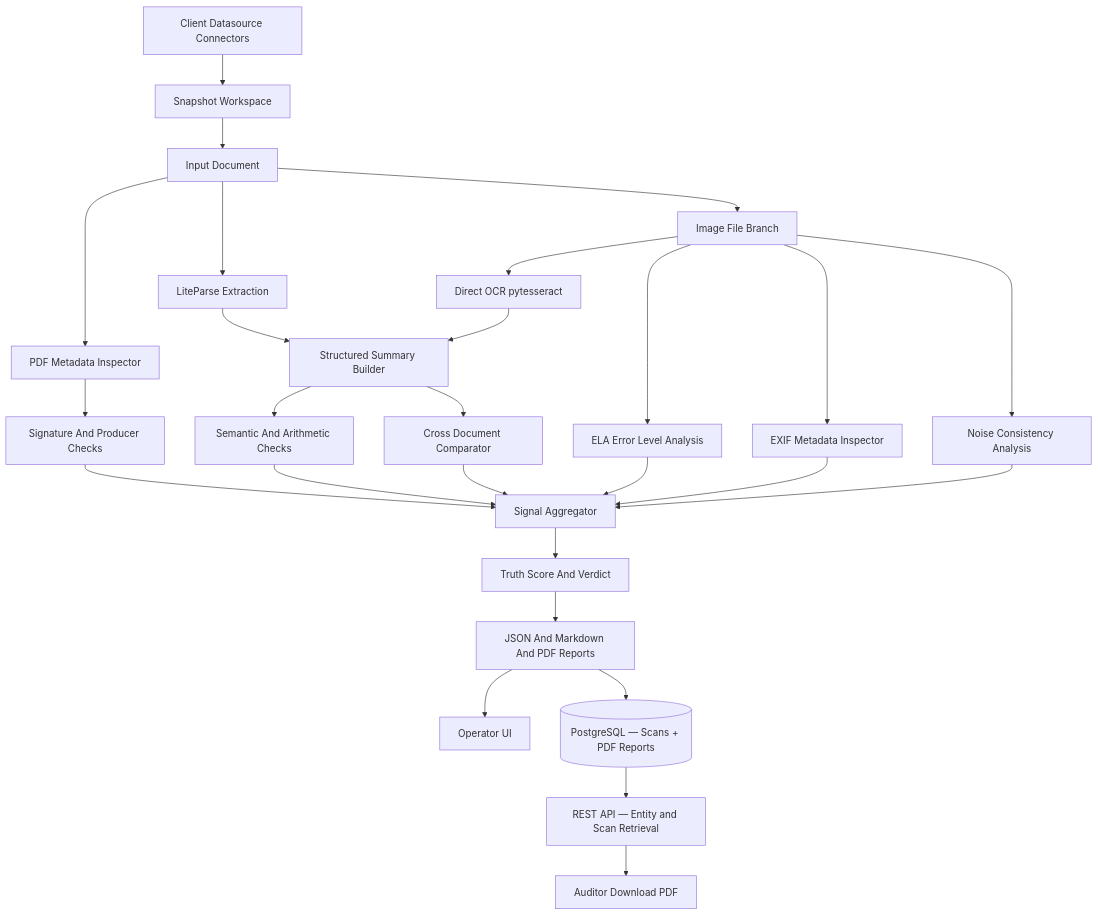
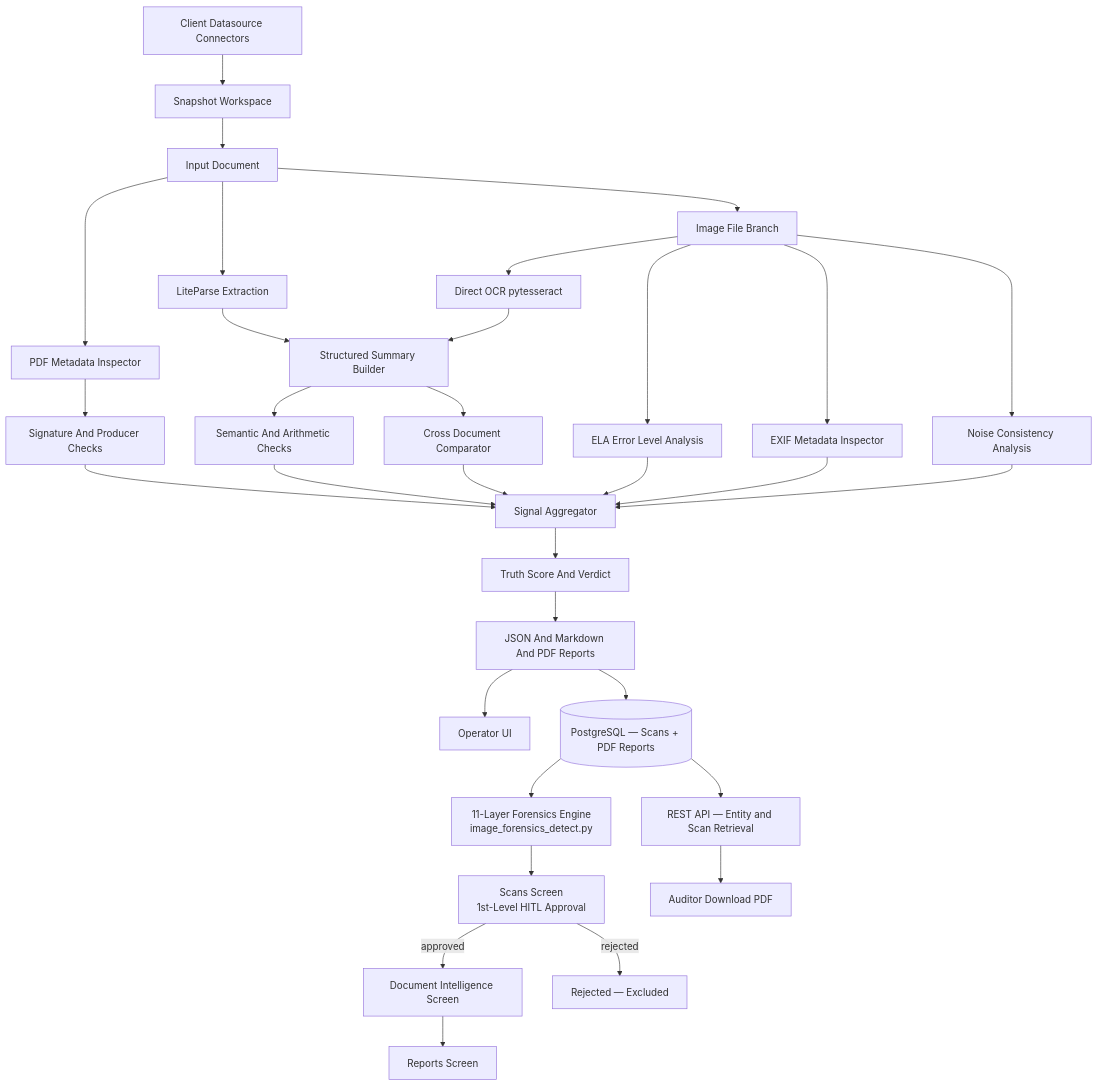
The first of 2 diagrams in docs/ARCHITECTURE.md (maluskarhrishikesh-afk/BaseTruth), drawn with Mermaid before and after one commit. The commit also changed other lines of this file and 65 other files, not shown here.

````diff
--- a/docs/ARCHITECTURE.md
+++ b/docs/ARCHITECTURE.md
@@ -7,29 +7,34 @@
 ```mermaid
 flowchart TD
   A[Input Document] --> B[PDF Metadata Inspector]
   A --> C[LiteParse Extraction]
   A --> IMG[Image File Branch]
   IMG --> IMGOCR[Direct OCR pytesseract]
   IMG --> ELA[ELA Error Level Analysis]
   IMG --> EXIF[EXIF Metadata Inspector]
   IMG --> NOISE[Noise Consistency Analysis]
   X[Client Datasource Connectors] --> Y[Snapshot Workspace]
   Y --> A
   C --> D[Structured Summary Builder]
   D --> E[Semantic And Arithmetic Checks]
   B --> F[Signature And Producer Checks]
   D --> G[Cross Document Comparator]
   IMGOCR --> D
   ELA --> H[Signal Aggregator]
   EXIF --> H
   NOISE --> H
   E --> H
   F --> H
   G --> H
   H --> I[Truth Score And Verdict]
   I --> J[JSON And Markdown And PDF Reports]
   J --> K[Operator UI]
   J --> DB[(PostgreSQL — Scans + PDF Reports)]
+  DB --> FORENSICS[11-Layer Forensics Engine\nimage_forensics_detect.py]
+  FORENSICS --> SCANS_REVIEW[Scans Screen\n1st-Level HITL Approval]
+  SCANS_REVIEW -->|approved| DI[Document Intelligence Screen]
+  SCANS_REVIEW -->|rejected| REJECTED[Rejected — Excluded]
+  DI --> REPORTS[Reports Screen]
   DB --> API[REST API — Entity and Scan Retrieval]
   API --> AUD[Auditor Download PDF]
 ```
````
